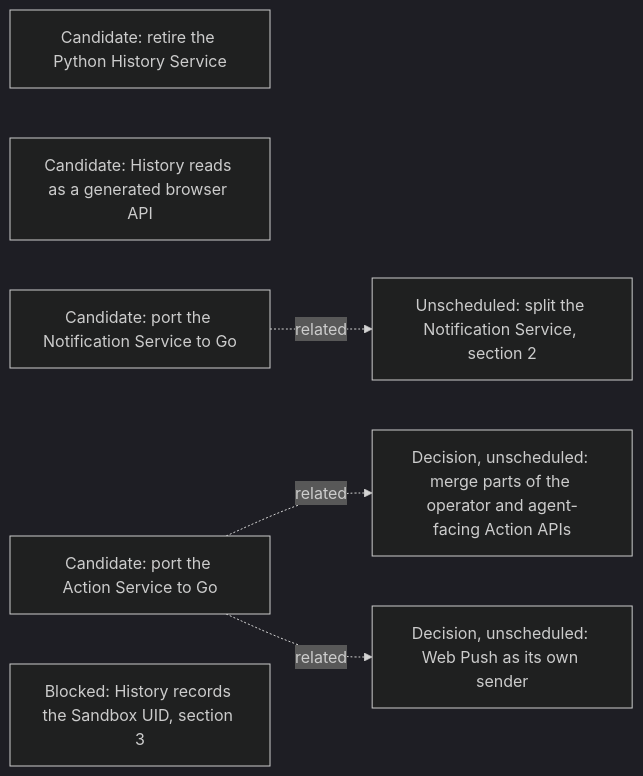
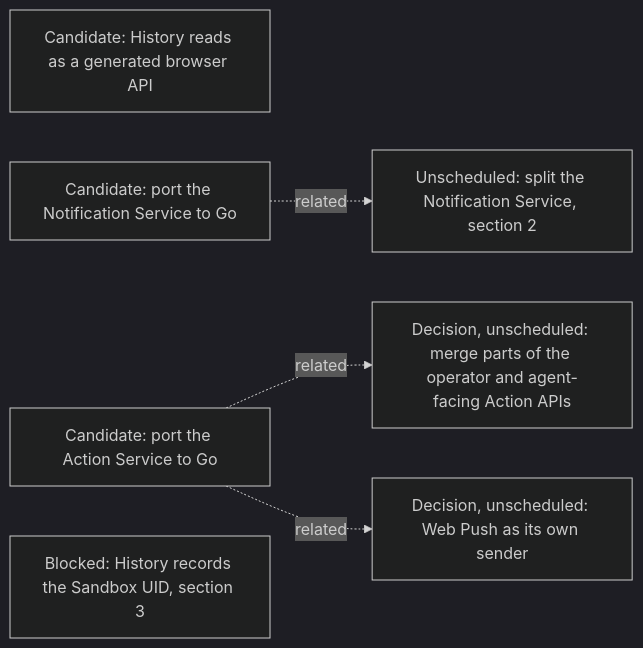
One commit to agentydragon-agent/ducktape changed diagram 17 of 17 in agentplane/plans/task_dag.md. Above: the diagram before and after it, drawn with Mermaid (dark theme). The commit also changed other lines of this file and 99 other files, not shown here.

````diff
--- a/agentplane/plans/task_dag.md
+++ b/agentplane/plans/task_dag.md
@@ -1923,14 +1923,13 @@
 ```mermaid
 flowchart LR
-    HISTORY_PYTHON_RETIREMENT[Candidate: retire the Python History Service]
     HISTORY_READS_FACADE[Candidate: History reads as a generated browser API]
     NOTIFICATION_SERVICE_GO_PORT[Candidate: port the Notification Service to Go]
     ACTION_SERVICE_GO_PORT[Candidate: port the Action Service to Go]
     ACTION_API_MERGE[Decision, unscheduled: merge parts of the operator and agent-facing Action APIs]
     WEB_PUSH_SERVICE[Decision, unscheduled: Web Push as its own sender]
     NOTIFICATION_SERVICE_SPLIT[Unscheduled: split the Notification Service, section 2]
     HISTORY_SANDBOX_UID[Blocked: History records the Sandbox UID, section 3]
     NOTIFICATION_SERVICE_GO_PORT -. related .-> NOTIFICATION_SERVICE_SPLIT
     ACTION_SERVICE_GO_PORT -. related .-> ACTION_API_MERGE
     ACTION_SERVICE_GO_PORT -. related .-> WEB_PUSH_SERVICE
 ```
````
